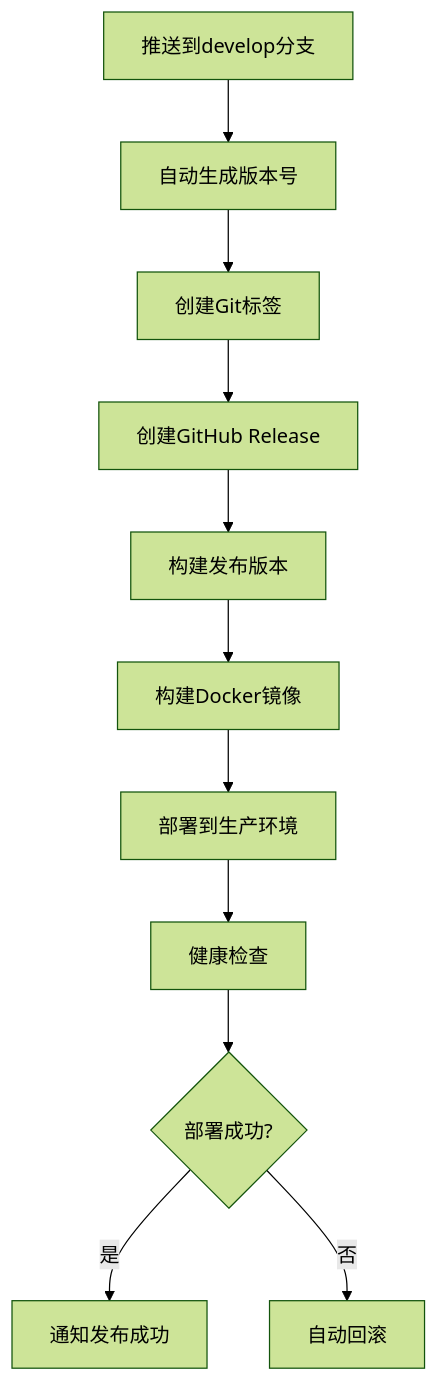
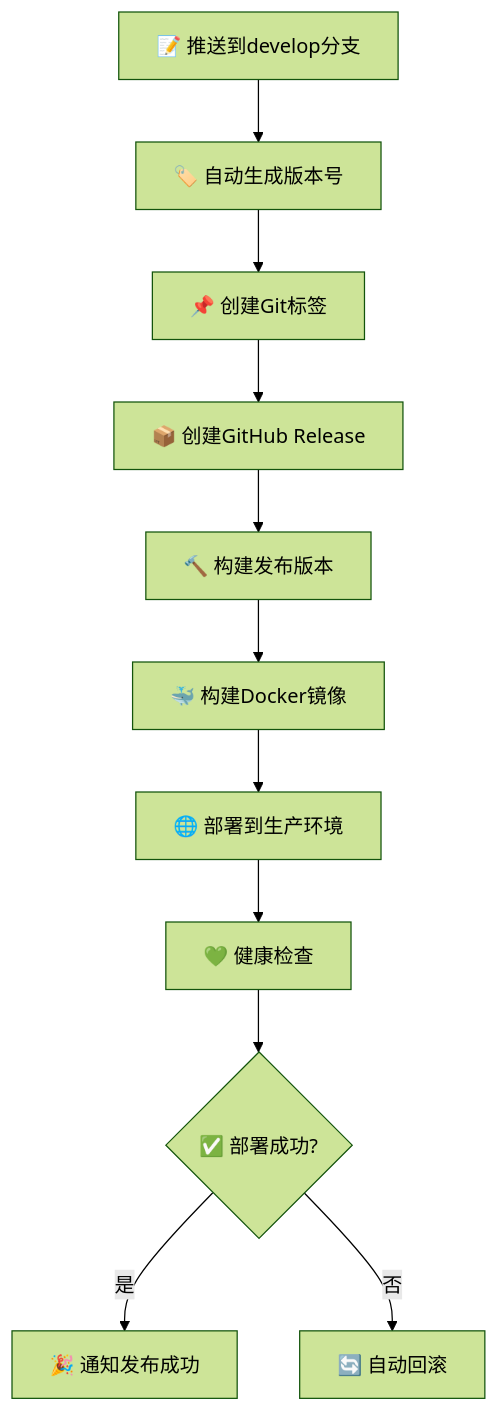
Before and after one commit to MartinLiuMingZhi/wiki-back: the fourth of 4 diagrams in CI-CD.md, drawn with Mermaid (forest theme). The commit also changed other lines of this file and 9 other files, not shown here.

````diff
--- a/CI-CD.md
+++ b/CI-CD.md
@@ -96,13 +106,13 @@
 ```mermaid
 graph TD
-    A[推送到develop分支] --> B[自动生成版本号]
-    B --> C[创建Git标签]
-    C --> D[创建GitHub Release]
-    D --> E[构建发布版本]
-    E --> F[构建Docker镜像]
-    F --> G[部署到生产环境]
-    G --> H[健康检查]
-    H --> I{部署成功?}
-    I -->|是| J[通知发布成功]
-    I -->|否| K[自动回滚]
+    A[📝 推送到develop分支] --> B[🏷️ 自动生成版本号]
+    B --> C[📌 创建Git标签]
+    C --> D[📦 创建GitHub Release]
+    D --> E[🔨 构建发布版本]
+    E --> F[🐳 构建Docker镜像]
+    F --> G[🌐 部署到生产环境]
+    G --> H[💚 健康检查]
+    H --> I{✅ 部署成功?}
+    I -->|是| J[🎉 通知发布成功]
+    I -->|否| K[🔄 自动回滚]
 ```
````
